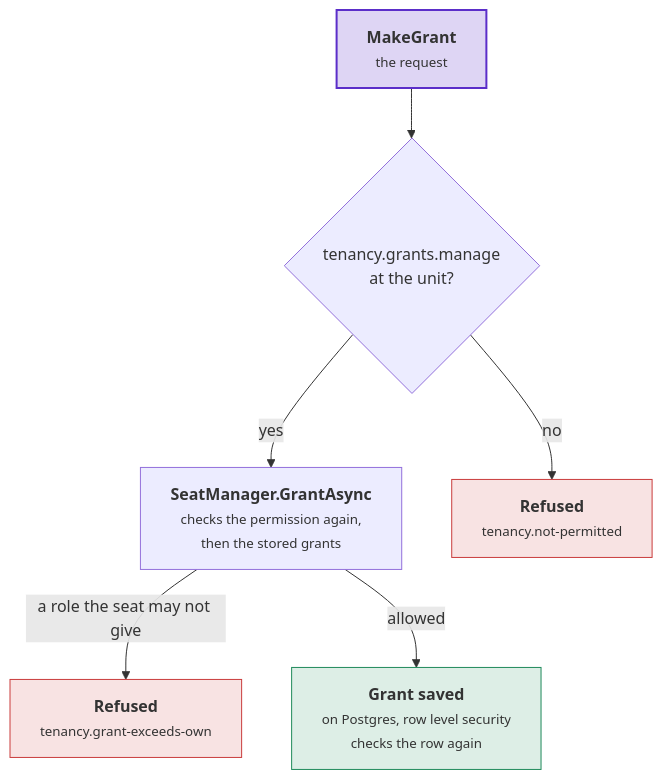
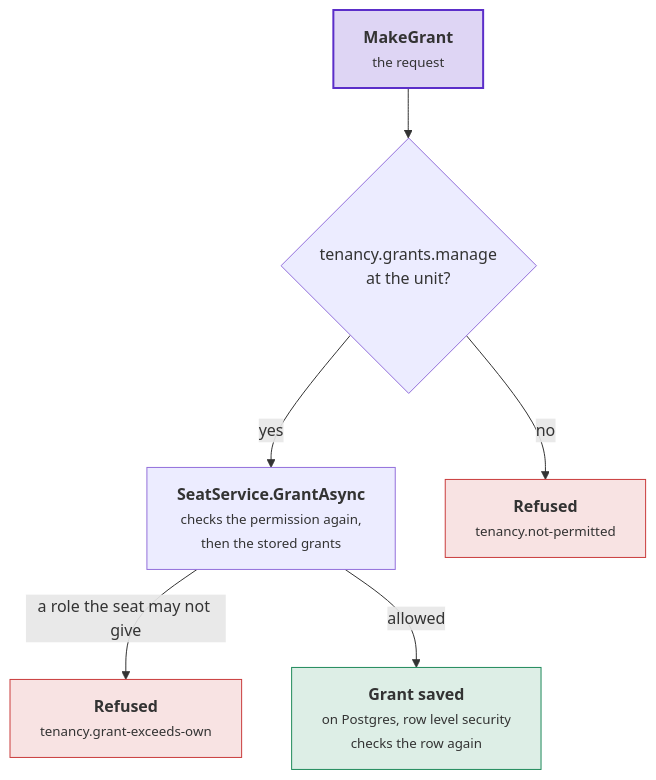
Before and after one commit to DylanSnel/DDDToolkit: the second of 2 diagrams in docs/tenancy/who-may-do-what.md, drawn with Mermaid. The commit also changed other lines of this file and 65 other files, not shown here.

````diff
--- a/docs/tenancy/who-may-do-what.md
+++ b/docs/tenancy/who-may-do-what.md
@@ -280,20 +280,20 @@
 ```mermaid
 flowchart TB
     request["<b>MakeGrant</b><br/><small>the request</small>"]
     door{"tenancy.grants.manage<br/>at the unit?"}
-    manager["<b>SeatManager.GrantAsync</b><br/><small>checks the permission again,<br/>then the stored grants</small>"]
+    manager["<b>SeatService.GrantAsync</b><br/><small>checks the permission again,<br/>then the stored grants</small>"]
     notPermitted["<b>Refused</b><br/><small>tenancy.not-permitted</small>"]
     exceeds["<b>Refused</b><br/><small>tenancy.grant-exceeds-own</small>"]
     saved["<b>Grant saved</b><br/><small>on Postgres, row level security<br/>checks the row again</small>"]
     request --> door
     door -- "no" --> notPermitted
     door -- "yes" --> manager
     manager -- "a role the seat may not give" --> exceeds
     manager -- "allowed" --> saved
     classDef strong fill:#5b2ec933,stroke:#5b2ec9,stroke-width:2px
     classDef good fill:#1f8a5b26,stroke:#1f8a5b
     classDef bad fill:#c93c3c24,stroke:#c93c3c
     class request strong
     class saved good
     class notPermitted,exceeds bad
 ```
````
